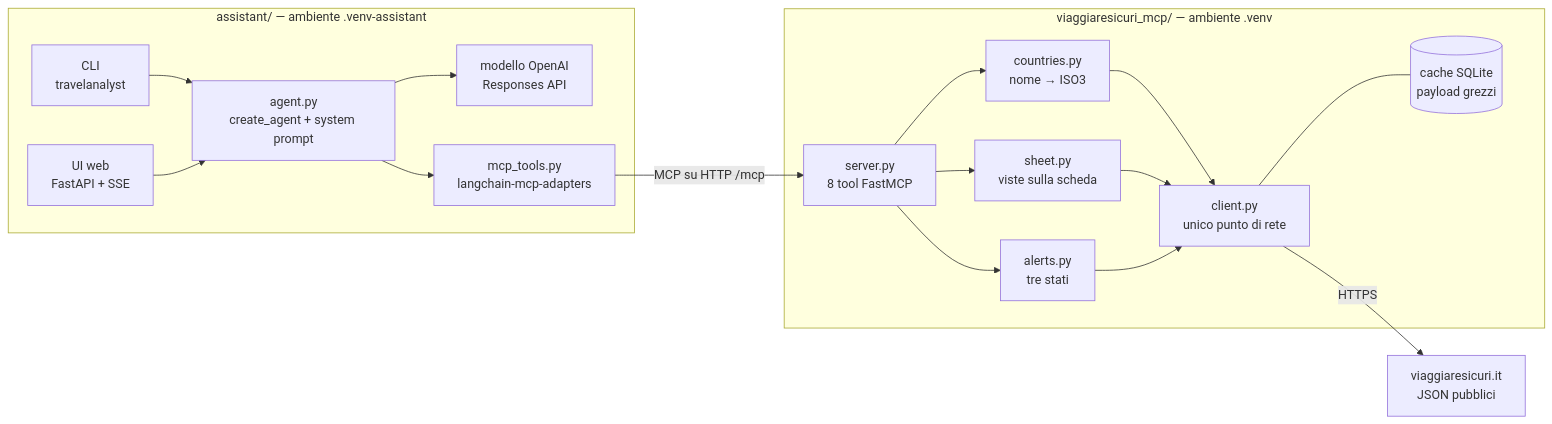
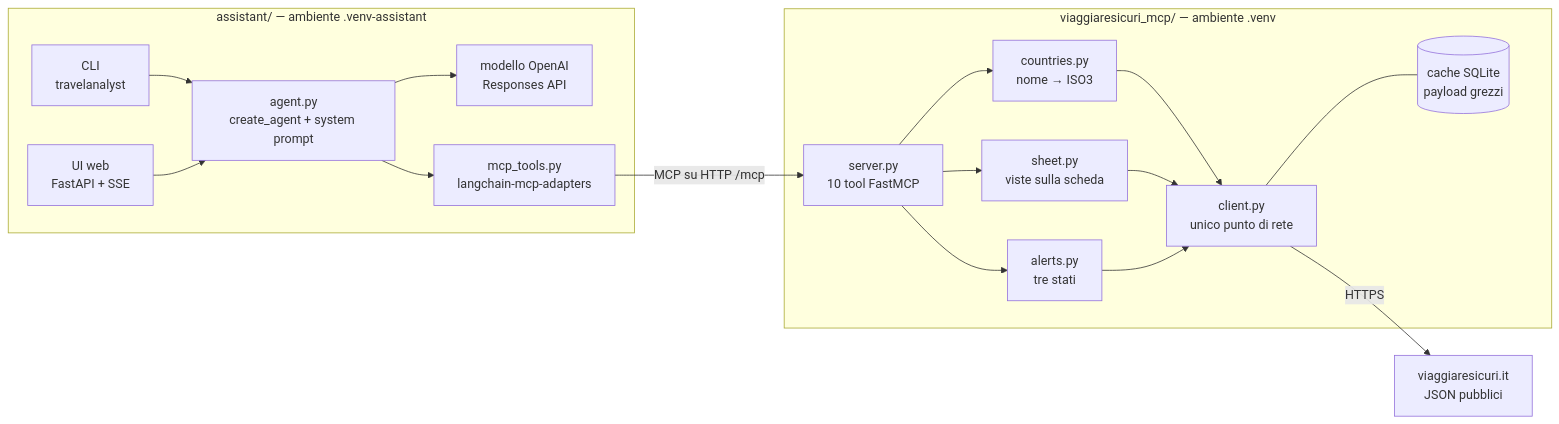
The first of 2 diagrams in README.md (lorispalmarin/travelanalyst), drawn with Mermaid before and after one commit. The commit also changed other lines of this file and 16 other files, not shown here.

Commit message:
last fixez to server mcp

````diff
--- a/README.md
+++ b/README.md
@@ -6,19 +6,19 @@
 ```mermaid
 flowchart LR
     subgraph assistente["assistant/ — ambiente .venv-assistant"]
         CLI["CLI<br/>travelanalyst"] --> AG
         WEB["UI web<br/>FastAPI + SSE"] --> AG
         AG["agent.py<br/>create_agent + system prompt"] --> LLM["modello OpenAI<br/>Responses API"]
         AG --> AD["mcp_tools.py<br/>langchain-mcp-adapters"]
     end
     AD -- "MCP su HTTP /mcp" --> SRV
     subgraph server["viaggiaresicuri_mcp/ — ambiente .venv"]
-        SRV["server.py<br/>8 tool FastMCP"] --> CO["countries.py<br/>nome → ISO3"]
+        SRV["server.py<br/>10 tool FastMCP"] --> CO["countries.py<br/>nome → ISO3"]
         SRV --> SH["sheet.py<br/>viste sulla scheda"]
         SRV --> AL["alerts.py<br/>tre stati"]
         CO & SH & AL --> CL["client.py<br/>unico punto di rete"]
         CL --- CA[("cache SQLite<br/>payload grezzi")]
     end
 
     CL -- HTTPS --> VS["viaggiaresicuri.it<br/>JSON pubblici"]
 ```
````
